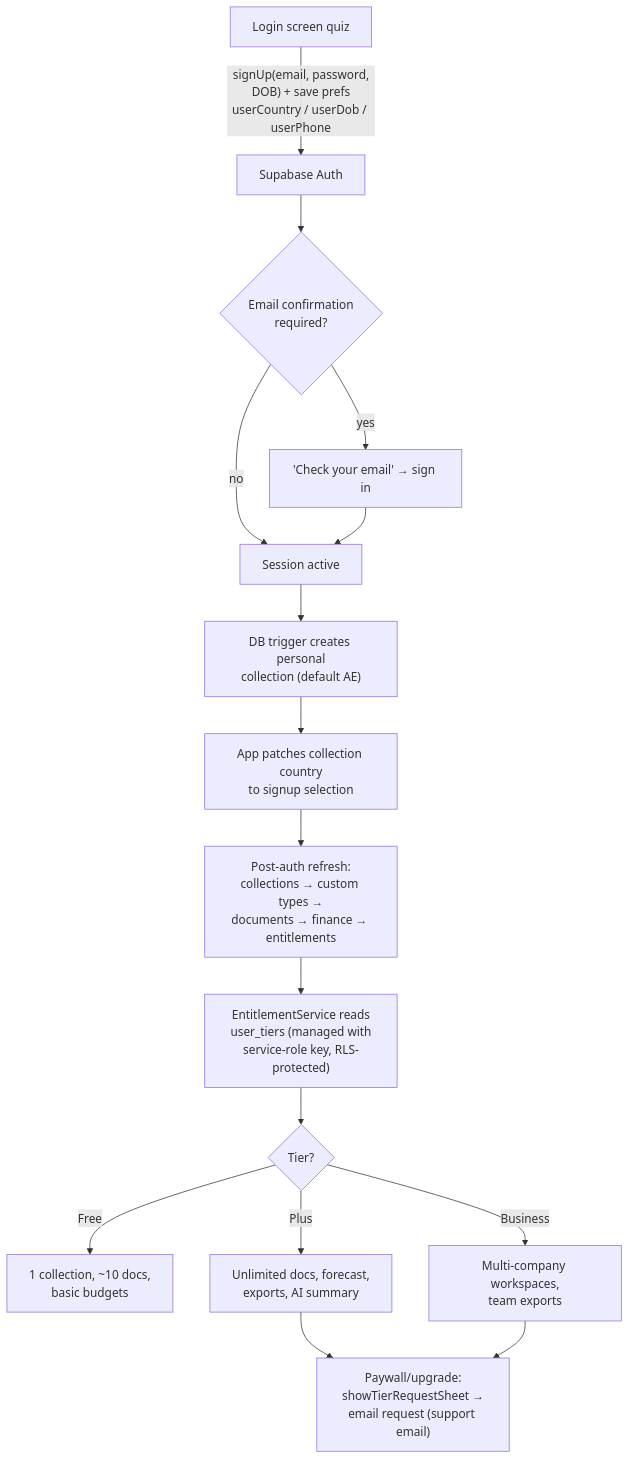
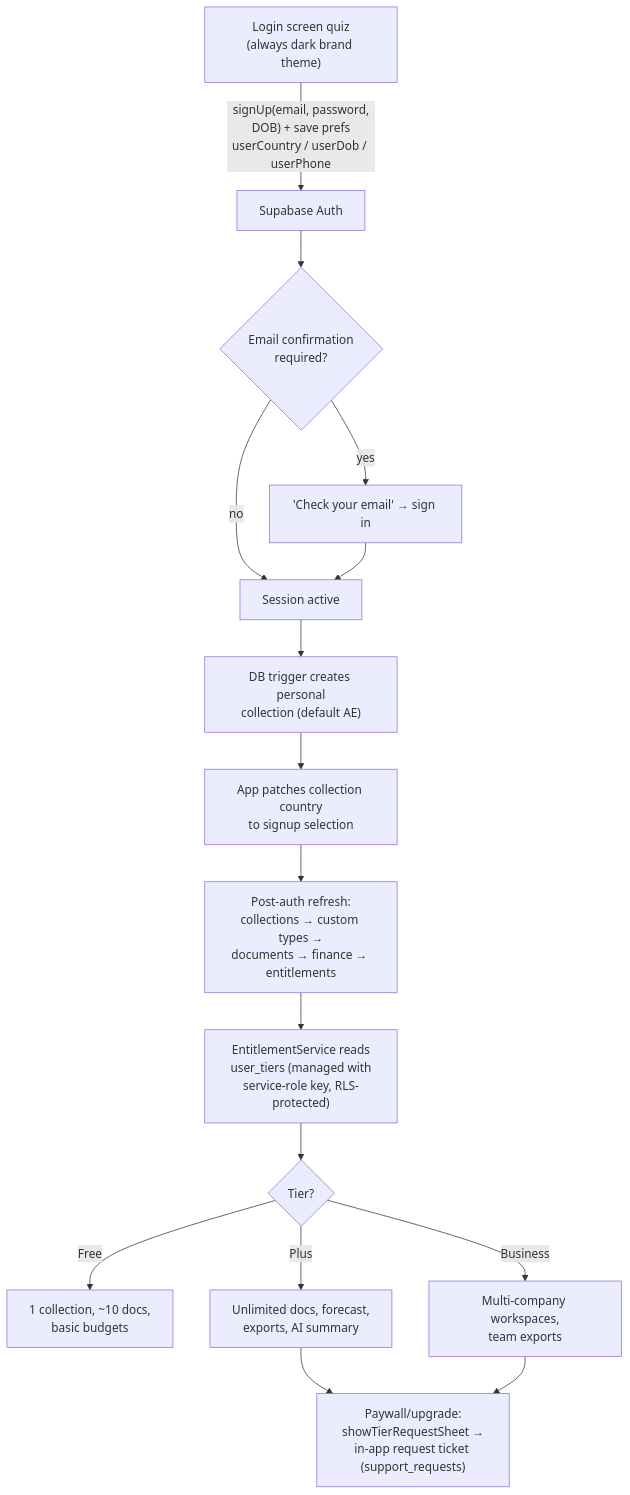
Before and after one commit to razique20/finavig: the eighth of 11 diagrams in ARCHITECTURE.md, drawn with Mermaid. The commit also changed other lines of this file and 12 other files, not shown here.

````diff
--- a/ARCHITECTURE.md
+++ b/ARCHITECTURE.md
@@ -201,17 +235,17 @@
 ```mermaid
 flowchart TD
-    A["Login screen quiz"] -->|"signUp(email, password,<br/>DOB) + save prefs<br/>userCountry / userDob / userPhone"| B["Supabase Auth"]
+    A["Login screen quiz<br/>(always dark brand theme)"] -->|"signUp(email, password,<br/>DOB) + save prefs<br/>userCountry / userDob / userPhone"| B["Supabase Auth"]
     B --> C{"Email confirmation<br/>required?"}
     C -- "yes" --> D["'Check your email' → sign in"]
     C -- "no" --> E["Session active"]
     D --> E
     E --> F["DB trigger creates personal<br/>collection (default AE)"]
     F --> G["App patches collection country<br/>to signup selection"]
     G --> H["Post-auth refresh:<br/>collections → custom types →<br/>documents → finance → entitlements"]
     H --> I["EntitlementService reads<br/>user_tiers (managed with<br/>service-role key, RLS-protected)"]
     I --> J{"Tier?"}
     J -->|Free| K["1 collection, ~10 docs,<br/>basic budgets"]
     J -->|Plus| L["Unlimited docs, forecast,<br/>exports, AI summary"]
     J -->|Business| M["Multi-company workspaces,<br/>team exports"]
-    L & M --> N["Paywall/upgrade:<br/>showTierRequestSheet →<br/>email request (support email)"]
+    L & M --> N["Paywall/upgrade:<br/>showTierRequestSheet →<br/>in-app request ticket (support_requests)"]
 ```
````
